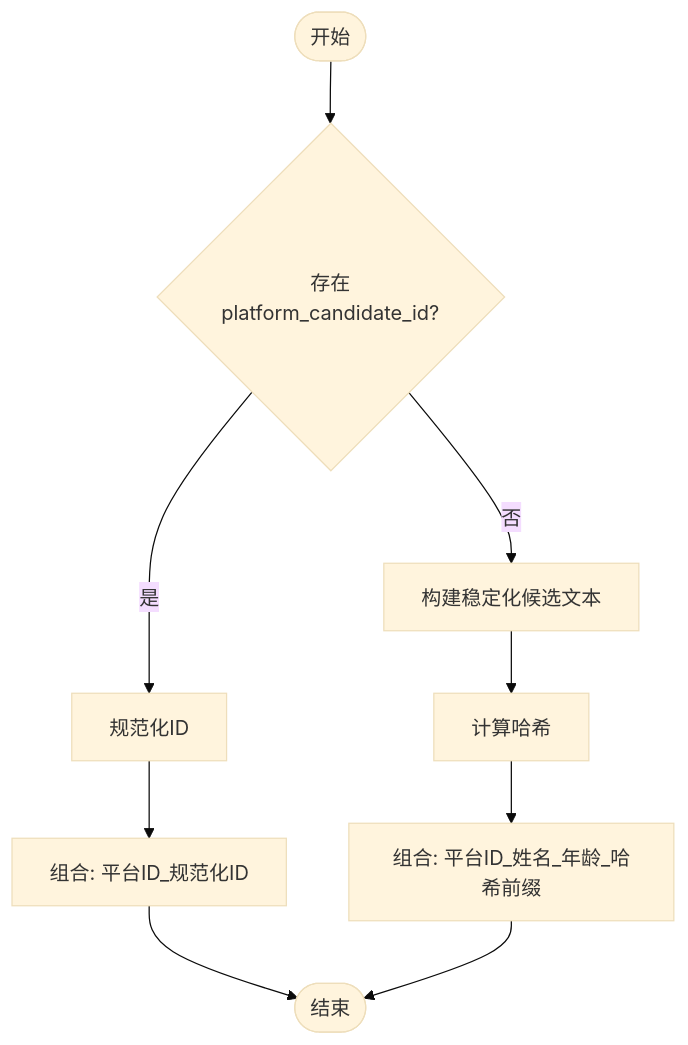
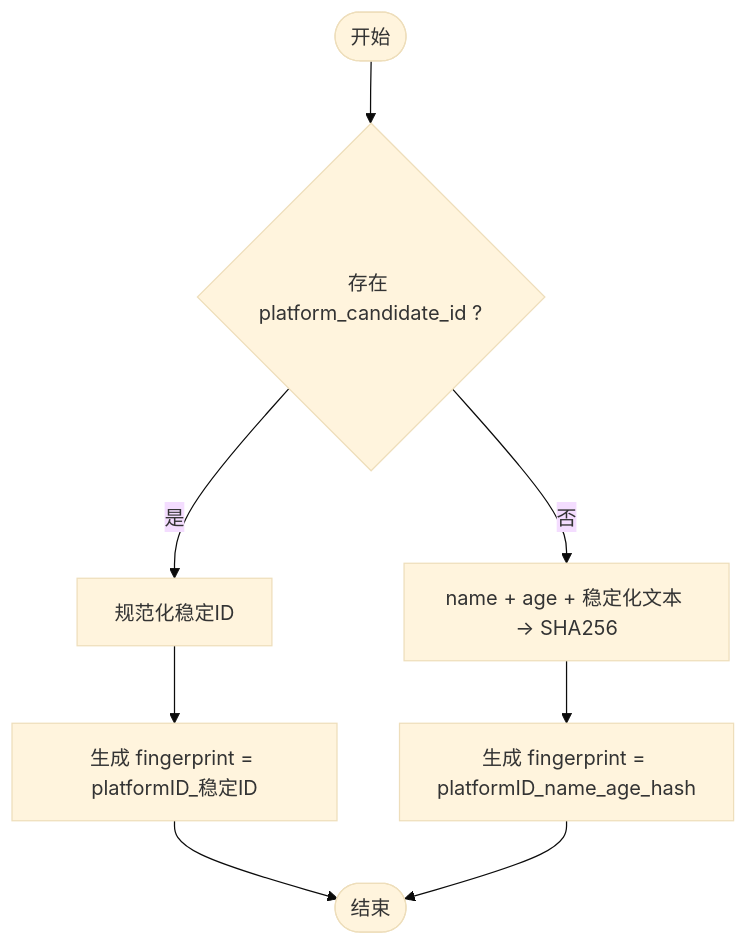
Before and after one commit to alvinwangzi/goodhr: the fifth of 7 diagrams in .qoder/repowiki/zh/content/本地执行器/平台适配器/猎聘适配器/运行时管理.md, drawn with Mermaid (base theme). The commit also changed other lines of this file and 149 other files, not shown here.

````diff
--- a/.qoder/repowiki/zh/content/本地执行器/平台适配器/猎聘适配器/运行时管理.md
+++ b/.qoder/repowiki/zh/content/本地执行器/平台适配器/猎聘适配器/运行时管理.md
@@ -292,11 +207,10 @@
 ```mermaid
 flowchart TD
-S(["开始"]) --> HasPlatformID{"存在platform_candidate_id?"}
-HasPlatformID --> |是| Norm1["规范化ID"]
-Norm1 --> Combine1["组合: 平台ID_规范化ID"]
-HasPlatformID --> |否| BuildRaw["构建稳定化候选文本"]
-BuildRaw --> Hash["计算哈希"]
-Hash --> Combine2["组合: 平台ID_姓名_年龄_哈希前缀"]
-Combine1 --> E(["结束"])
-Combine2 --> E
+Start(["开始"]) --> HasStable{"存在 platform_candidate_id ?"}
+HasStable -- 是 --> NormStable["规范化稳定ID"]
+NormStable --> Fingerprint1["生成 fingerprint = platformID_稳定ID"]
+HasStable -- 否 --> Fallback["name + age + 稳定化文本 -> SHA256"]
+Fallback --> Fingerprint2["生成 fingerprint = platformID_name_age_hash"]
+Fingerprint1 --> End(["结束"])
+Fingerprint2 --> End
 ```
````
